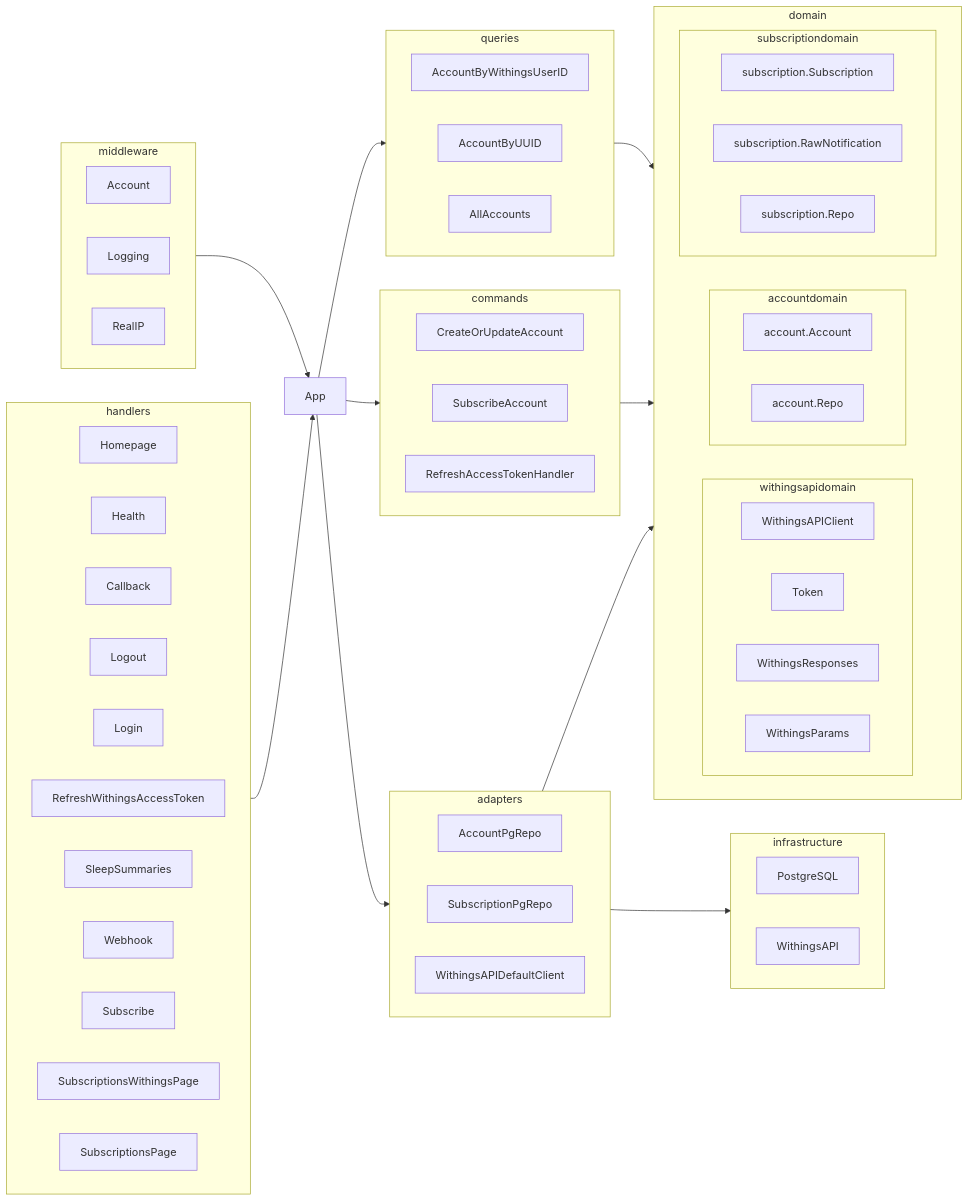
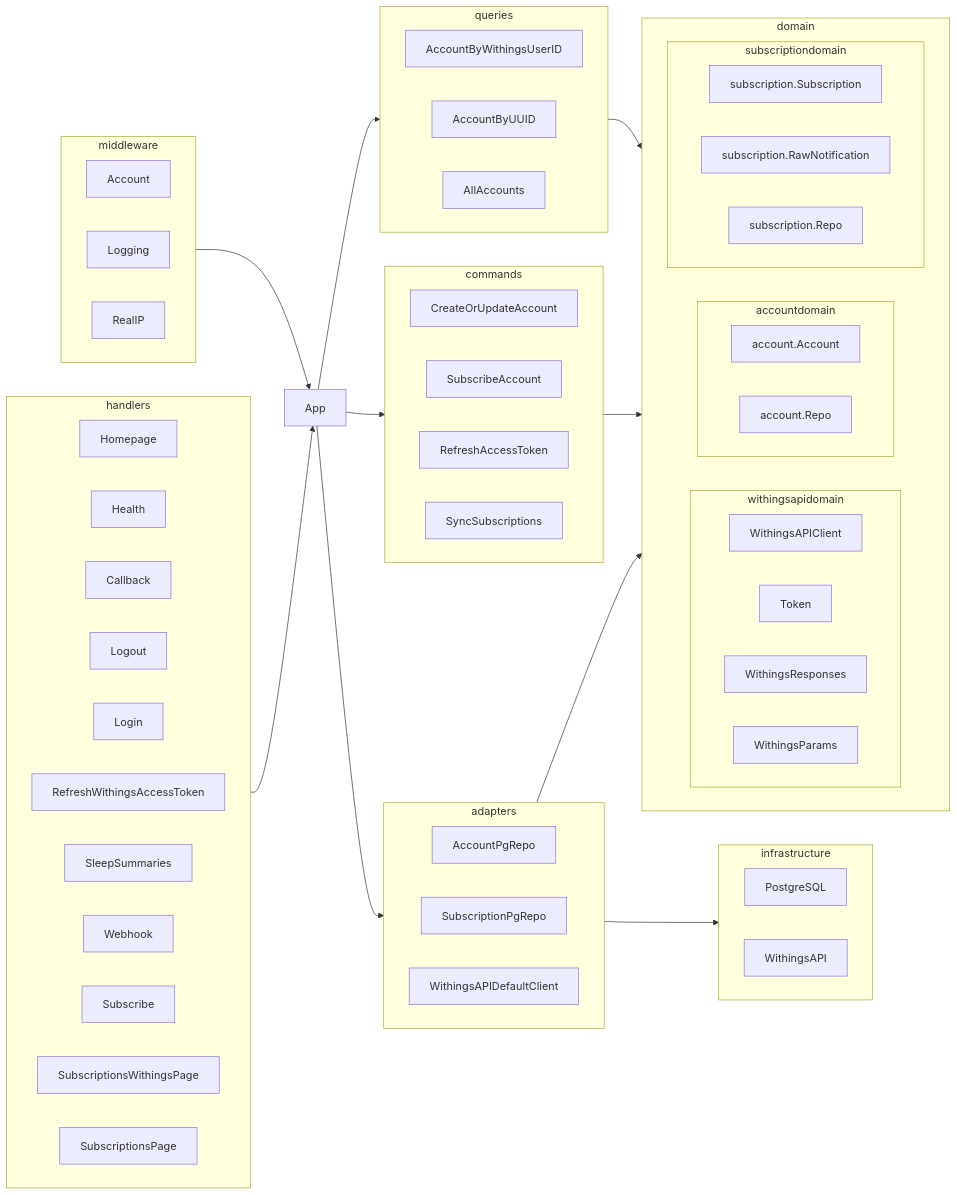
The diagram in docs/ddd-architecture.md (roessland/withoutings), drawn with Mermaid before and after one commit. The commit also changed 89 other files, not shown here.

````diff
--- a/docs/ddd-architecture.md
+++ b/docs/ddd-architecture.md
@@ -59,12 +60,9 @@
 subgraph commands
     direction LR
     CreateOrUpdateAccount
-    CreateOrUpdateAccount
     SubscribeAccount
-    SubscribeAccount
-    RefreshAccessTokenHandler
-    RefreshAccessTokenHandler
-    SubscribeAccount
+    RefreshAccessToken
+    SyncSubscriptions
 end
 commands-->domain
 
@@ -105,7 +103,4 @@
     subscription.Repo
 end
 
-
-
-
 ```
````
